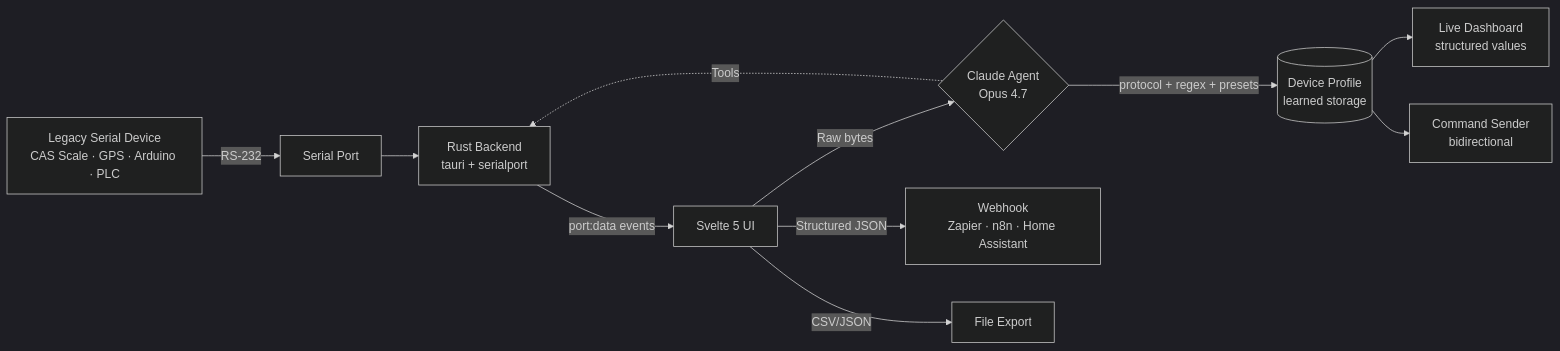
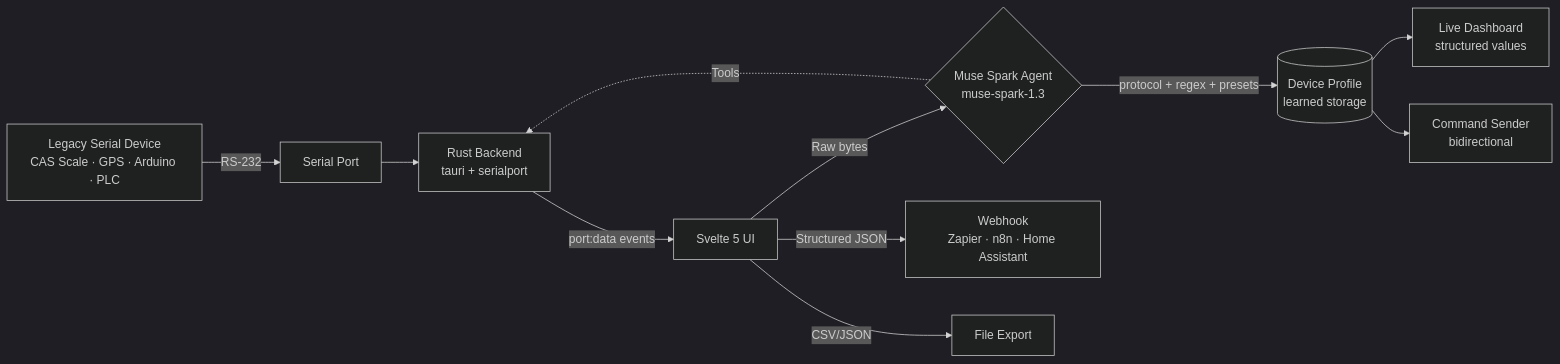
Before and after one commit to adindamochamad/omnibridge: the diagram in README.md, drawn with Mermaid (dark theme). The commit also changed other lines of this file and 36 other files, not shown here.

````diff
--- a/README.md
+++ b/README.md
@@ -64,16 +63,16 @@
 ```mermaid
 graph LR
   Device[Legacy Serial Device<br/>CAS Scale · GPS · Arduino · PLC] -->|RS-232| Port[Serial Port]
   Port --> Rust[Rust Backend<br/>tauri + serialport]
   Rust -->|port:data events| UI[Svelte 5 UI]
 
-  UI -->|Raw bytes| Agent{Claude Agent<br/>Opus 4.7}
+  UI -->|Raw bytes| Agent{Muse Spark Agent<br/>muse-spark-1.3}
   Agent -.->|Tools| Rust
   Agent -->|protocol + regex + presets| Profile[(Device Profile<br/>learned storage)]
 
   Profile --> Dashboard[Live Dashboard<br/>structured values]
   Profile --> Sender[Command Sender<br/>bidirectional]
 
   UI -->|Structured JSON| Webhook[Webhook<br/>Zapier · n8n · Home Assistant]
   UI -->|CSV/JSON| Export[File Export]
 ```
````
